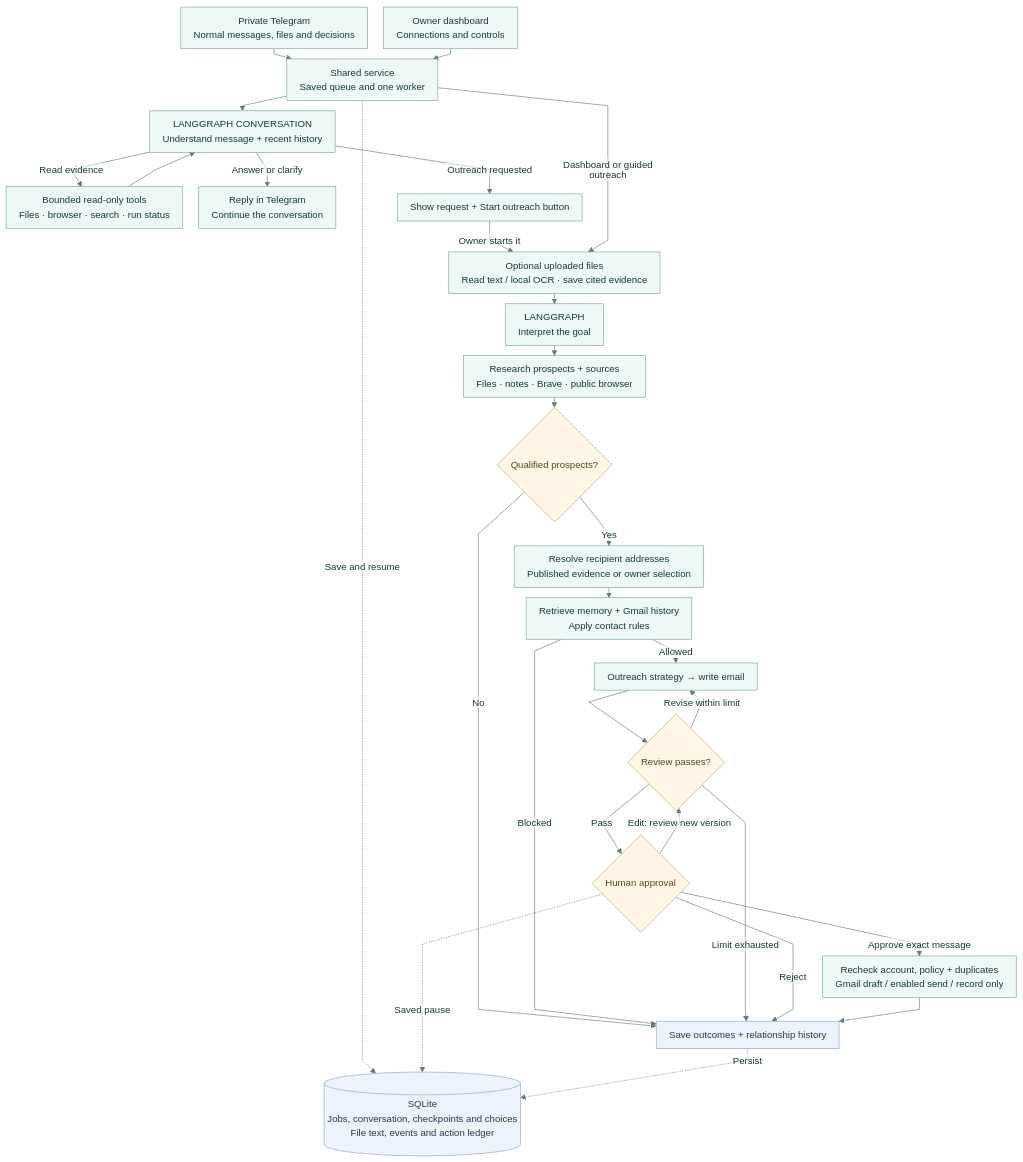
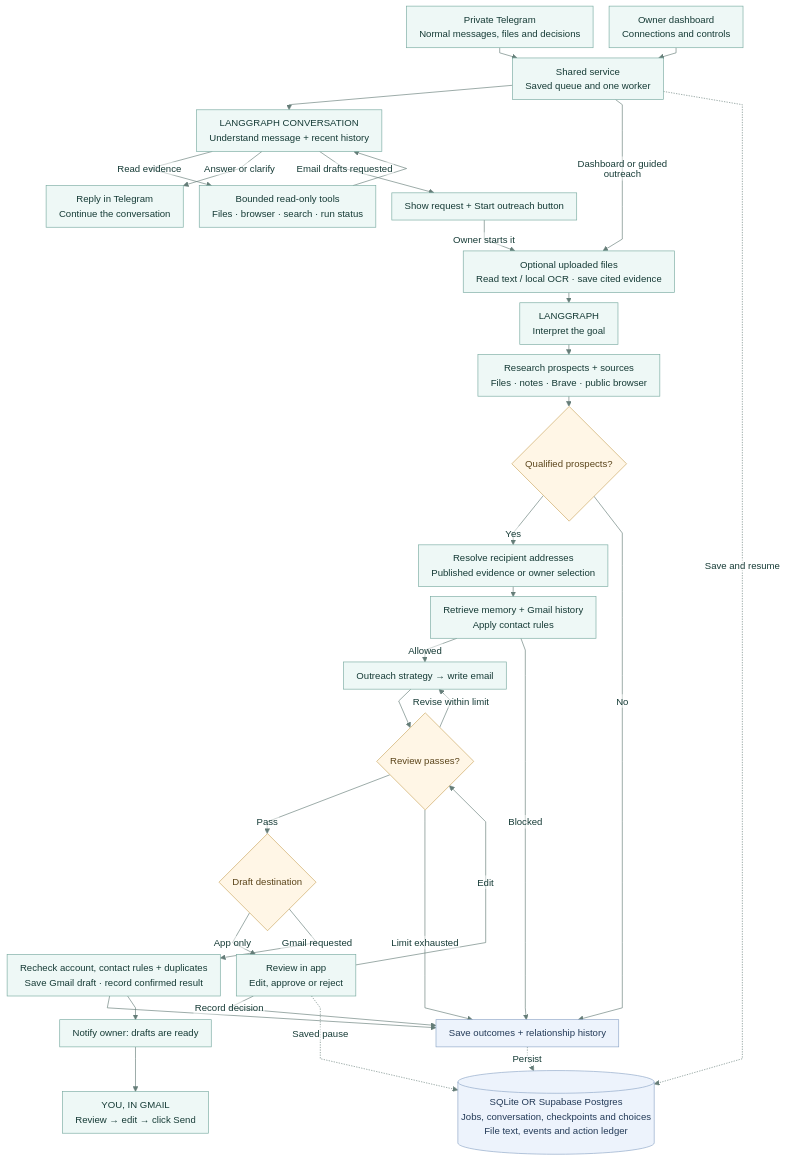
The diagram in docs/assets/workflow.mmd (rutujashingate/outreach-agent), drawn with Mermaid before and after one commit. The commit also changed 37 other files, not shown here.

Commit message:
Add Supabase state storage and requested Gmail drafts with manual sending

```diff
--- a/docs/assets/workflow.mmd
+++ b/docs/assets/workflow.mmd
@@ -1,56 +1,59 @@
 ---
 config:
   theme: base
   fontFamily: Arial
   themeCSS: 'text, tspan { font-family: Arial, Helvetica, sans-serif !important; }'
   themeVariables:
     fontSize: 15px
     primaryColor: '#eef8f6'
     primaryBorderColor: '#78aaa0'
     primaryTextColor: '#163b36'
     lineColor: '#657d78'
     edgeLabelBackground: '#ffffff'
   flowchart:
     htmlLabels: false
     curve: linear
     nodeSpacing: 25
     rankSpacing: 16
     padding: 10
     wrappingWidth: 380
 ---
 flowchart TD
-    accTitle: Natural Telegram conversation and one shared outreach workflow
-    accDescr: Telegram messages enter a saved queue. A LangGraph conversation loop remembers recent exchanges, reads files or public websites, searches when configured, and answers. Outreach requests become a concrete proposal; after the owner starts it, the existing outreach graph researches, qualifies, checks contacts, writes, reviews, and pauses for exact-message approval. The dashboard and optional guided setup use the same outreach service. SQLite holds jobs, history, evidence, usage, checkpoints and approvals.
+    accTitle: Requested outreach drafts with manual Gmail sending
+    accDescr: Telegram messages enter a saved queue. LangGraph answers questions and uses reading tools. Only an explicit email request and the owner's Start outreach action enter drafting. The workflow researches, qualifies, resolves recipients, checks contacts, writes and reviews drafts. Requested Gmail drafts are saved once and announced. The owner reviews, edits and sends in Gmail, outside the agent. App-only drafts retain review controls. SQLite or one Supabase PostgreSQL database holds saved state.
     telegram["Private Telegram<br/>Normal messages, files and decisions"] --> service["Shared service<br/>Saved queue and one worker"]
     dashboard["Owner dashboard<br/>Connections and controls"] --> service
     service --> chat["LANGGRAPH CONVERSATION<br/>Understand message + recent history"]
     chat -->|Read evidence| tools["Bounded read-only tools<br/>Files · browser · search · run status"]
     tools --> chat
     chat -->|Answer or clarify| answer["Reply in Telegram<br/>Continue the conversation"]
-    chat -->|Outreach requested| proposal["Show request + Start outreach button"]
+    chat -->|Email drafts requested| proposal["Show request + Start outreach button"]
     proposal -->|Owner starts it| files["Optional uploaded files<br/>Read text / local OCR · save cited evidence"]
     service -->|Dashboard or guided outreach| files
     files --> goal["LANGGRAPH<br/>Interpret the goal"]
     goal --> research["Research prospects + sources<br/>Files · notes · Brave · public browser"]
     research --> qualification{"Qualified prospects?"}
     qualification -->|Yes| recipients["Resolve recipient addresses<br/>Published evidence or owner selection"]
     qualification -->|No| outcome["Save outcomes + relationship history"]
     recipients --> memory["Retrieve memory + Gmail history<br/>Apply contact rules"]
     memory -->|Allowed| strategy["Outreach strategy → write email"]
     memory -->|Blocked| outcome
     strategy --> review{"Review passes?"}
-    review -->|Pass| approval{"Human approval"}
+    review -->|Pass| destination{"Draft destination"}
     review -->|Revise within limit| strategy
     review -->|Limit exhausted| outcome
-    approval -->|Edit: review new version| review
-    approval -->|Reject| outcome
-    approval -->|Approve exact message| action["Recheck account, policy + duplicates<br/>Gmail draft / enabled send / record only"]
+    destination -->|App only| approval["Review in app<br/>Edit, approve or reject"]
+    approval -->|Edit| review
+    approval -->|Record decision| outcome
+    destination -->|Gmail requested| action["Recheck account, contact rules + duplicates<br/>Save Gmail draft · record confirmed result"]
     action --> outcome
-    store[("SQLite<br/>Jobs, conversation, checkpoints and choices<br/>File text, events and action ledger")]
+    action --> notify["Notify owner: drafts are ready"]
+    notify --> manual["YOU, IN GMAIL<br/>Review → edit → click Send"]
+    store[("SQLite OR Supabase Postgres<br/>Jobs, conversation, checkpoints and choices<br/>File text, events and action ledger")]
     service -. Save and resume .-> store
     approval -. Saved pause .-> store
     outcome -. Persist .-> store
     classDef decision fill:#fff6e6,stroke:#caa65d,color:#5b451b;
     classDef storage fill:#edf3fc,stroke:#8da6c7,color:#243b58;
-    class qualification,review,approval decision;
+    class qualification,review,destination decision;
     class store,outcome storage;
```
